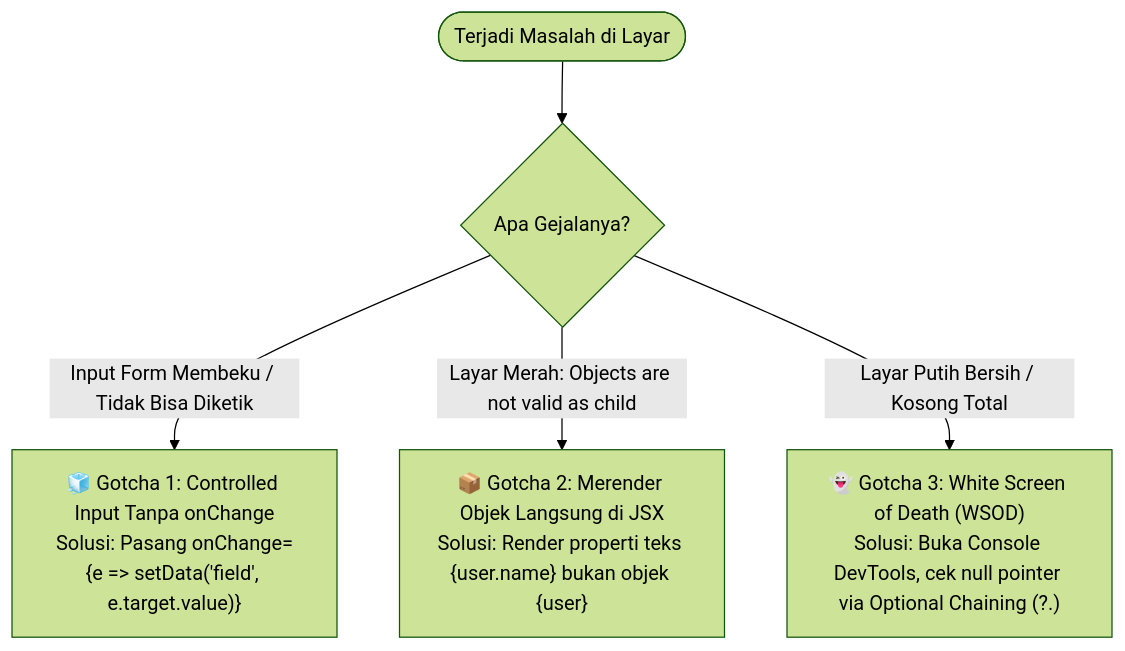
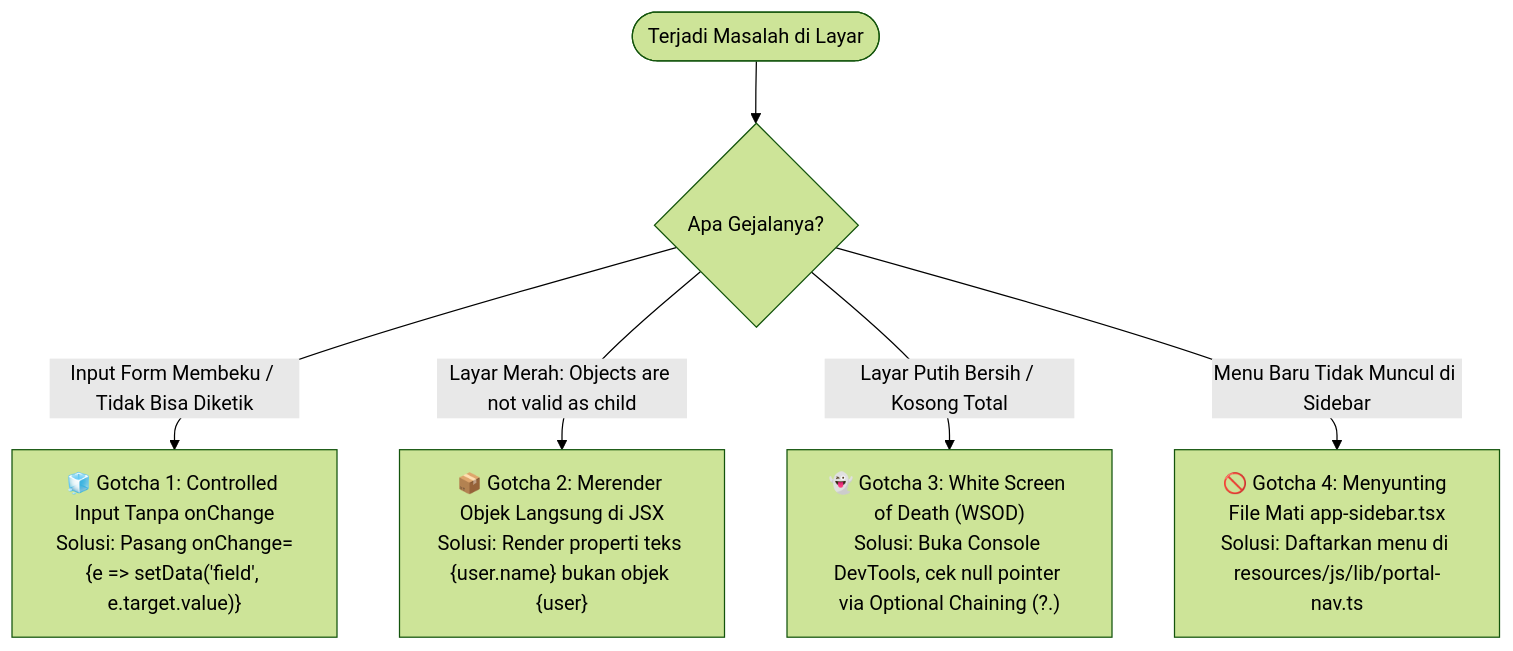
One commit to adi-jaya/PortalSifast changed diagram 11 of 12 in docs/developer-onboarding/02b-PANDUAN-FRONTEND-REACT-INERTIA-UNTUK-LARAVEL-DEV.md. Above: the diagram before and after it, drawn with Mermaid (forest theme). The commit also changed other lines of this file and 6 other files, not shown here.

Commit message:
docs(nav): standardize navigation via portal-nav SSOT and deprecate app-sidebar

````diff
--- a/docs/developer-onboarding/02b-PANDUAN-FRONTEND-REACT-INERTIA-UNTUK-LARAVEL-DEV.md
+++ b/docs/developer-onboarding/02b-PANDUAN-FRONTEND-REACT-INERTIA-UNTUK-LARAVEL-DEV.md
@@ -4013,8 +4161,9 @@
 ```mermaid
 graph TD
     Bug([Terjadi Masalah di Layar]) --> Check{Apa Gejalanya?}
     
     Check -->|Input Form Membeku / Tidak Bisa Diketik| G1["🧊 Gotcha 1: Controlled Input Tanpa onChange<br/>Solusi: Pasang onChange={e => setData('field', e.target.value)}"]
     Check -->|Layar Merah: Objects are not valid as child| G2["📦 Gotcha 2: Merender Objek Langsung di JSX<br/>Solusi: Render properti teks {user.name} bukan objek {user}"]
     Check -->|Layar Putih Bersih / Kosong Total| G3["👻 Gotcha 3: White Screen of Death (WSOD)<br/>Solusi: Buka Console DevTools, cek null pointer via Optional Chaining (?.)"]
+    Check -->|Menu Baru Tidak Muncul di Sidebar| G4["🚫 Gotcha 4: Menyunting File Mati app-sidebar.tsx<br/>Solusi: Daftarkan menu di resources/js/lib/portal-nav.ts"]
 ```
````
